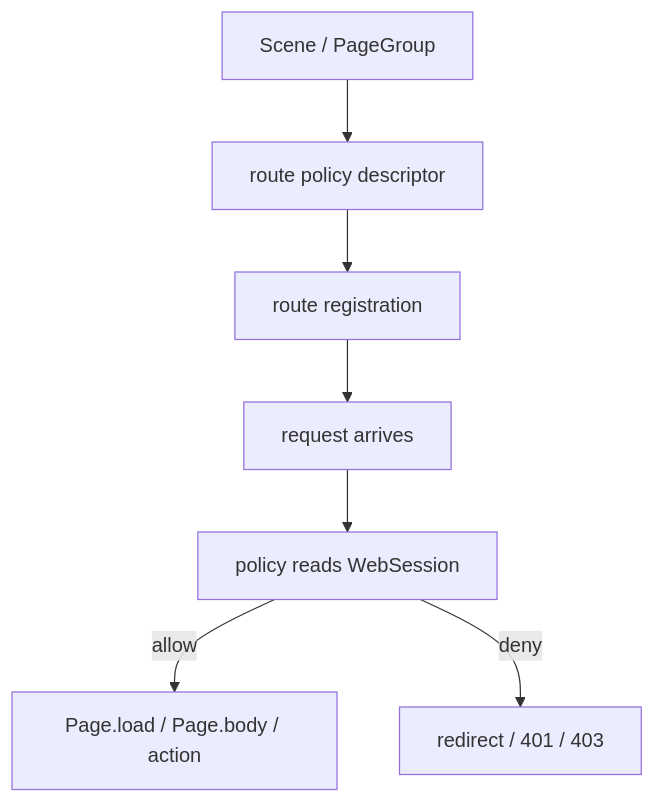
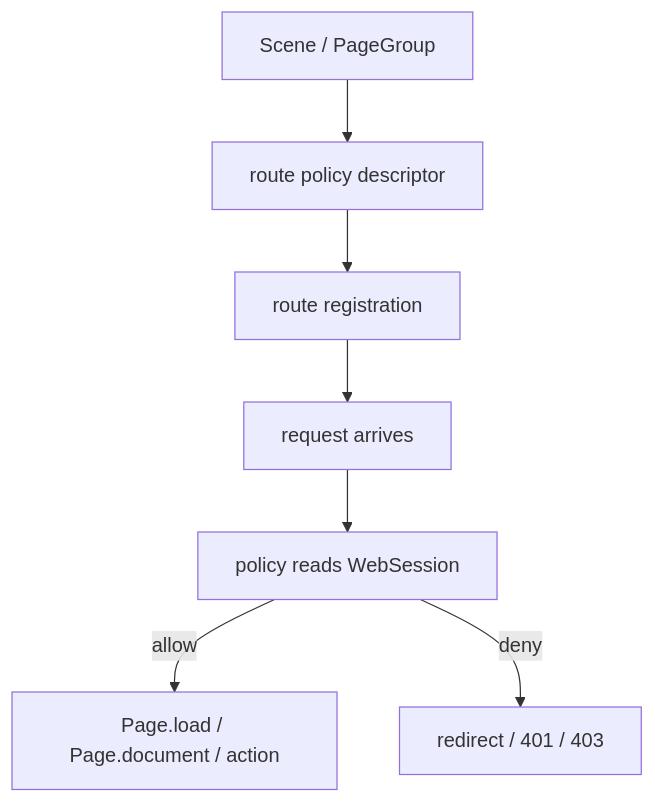
The third of 11 diagrams in Sources/SwiftWebRuntime/Core/README.md (1amageek/swift-web), drawn with Mermaid before and after one commit. The commit also changed other lines of this file and 253 other files, not shown here.

````diff
--- a/Sources/SwiftWebRuntime/Core/README.md
+++ b/Sources/SwiftWebRuntime/Core/README.md
@@ -189,9 +208,9 @@
 ```mermaid
 flowchart TD
   A["Scene / PageGroup"] --> B["route policy descriptor"]
   B --> C["route registration"]
   C --> D["request arrives"]
   D --> E["policy reads WebSession"]
-  E -->|allow| F["Page.load / Page.body / action"]
+  E -->|allow| F["Page.load / Page.document / action"]
   E -->|deny| G["redirect / 401 / 403"]
 ```
````
